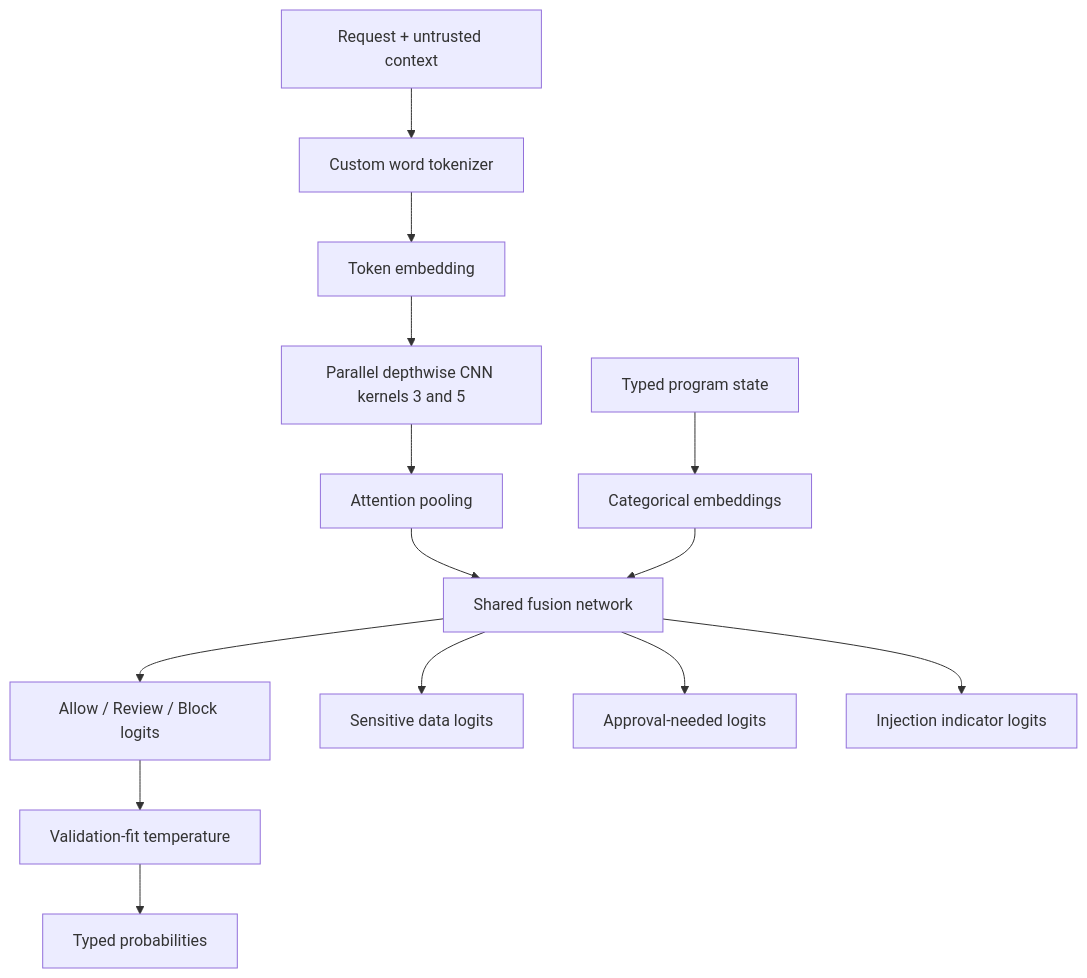
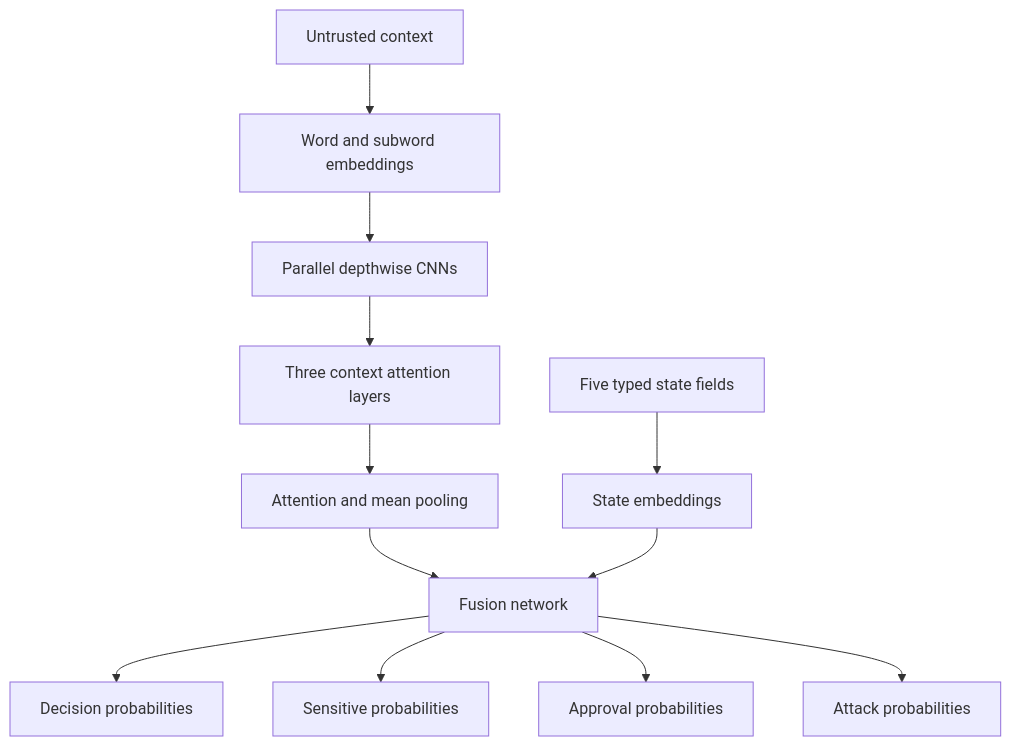
Before and after one commit to nehalvaghasiya/systemone-guard: the diagram in README.md, drawn with Mermaid. The commit also changed other lines of this file and 35 other files, not shown here.

````diff
--- a/README.md
+++ b/README.md
@@ -74,16 +97,14 @@
 ```mermaid
 flowchart TD
-  A[Request + untrusted context] --> B[Custom word tokenizer]
-  B --> C[Token embedding]
-  C --> D[Parallel depthwise CNN kernels 3 and 5]
-  D --> E[Attention pooling]
-  F[Typed program state] --> G[Categorical embeddings]
-  E --> H[Shared fusion network]
-  G --> H
-  H --> I[Allow / Review / Block logits]
-  H --> J[Sensitive data logits]
-  H --> K[Approval-needed logits]
-  H --> L[Injection indicator logits]
-  I --> M[Validation-fit temperature]
-  M --> N[Typed probabilities]
+    A[Untrusted context] --> B[Word and subword embeddings]
+    B --> C[Parallel depthwise CNNs]
+    C --> T[Three context attention layers]
+    T --> D[Attention and mean pooling]
+    E[Five typed state fields] --> F[State embeddings]
+    D --> G[Fusion network]
+    F --> G
+    G --> H[Decision probabilities]
+    G --> I[Sensitive probabilities]
+    G --> J[Approval probabilities]
+    G --> K[Attack probabilities]
 ```
````
